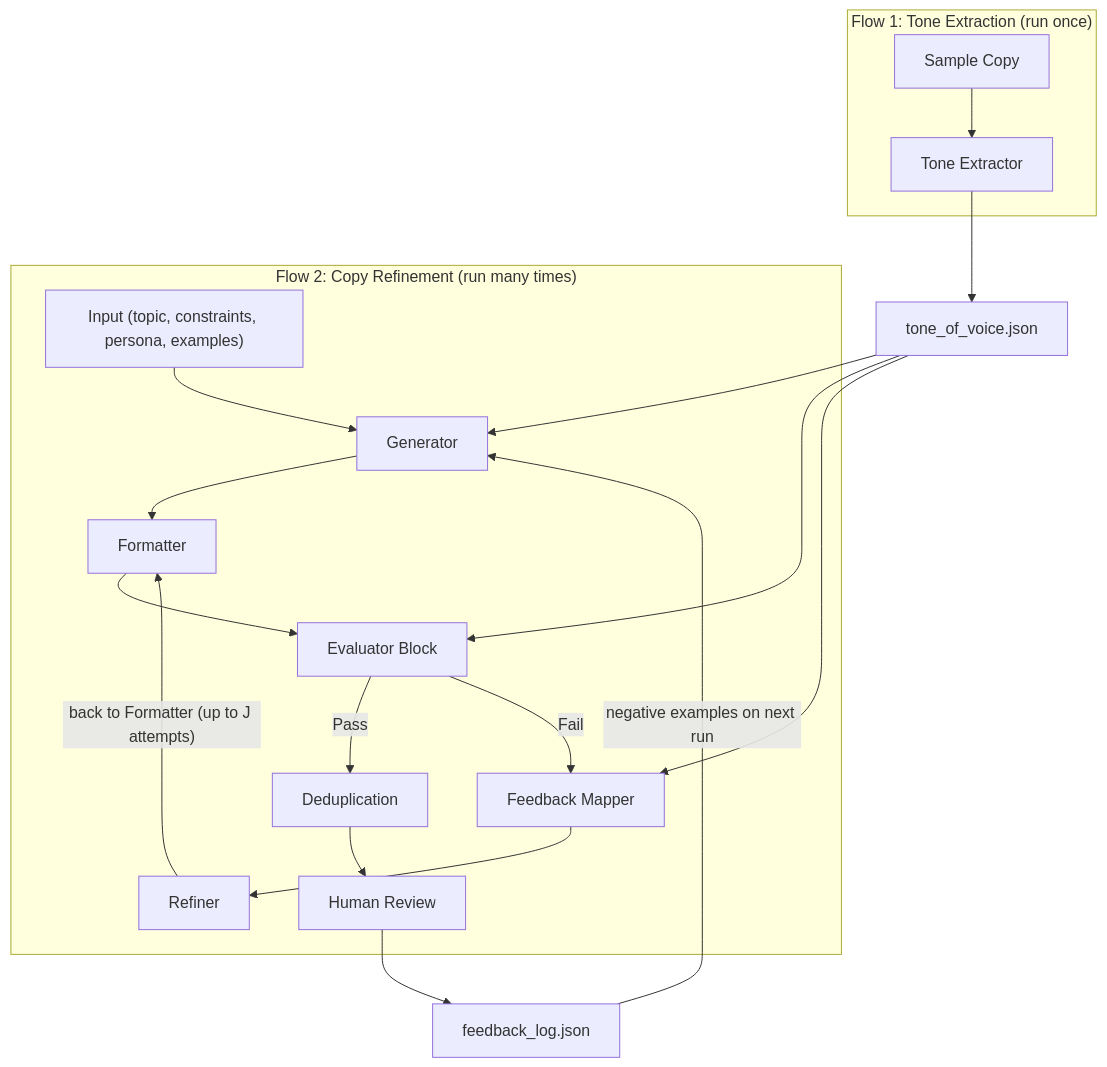
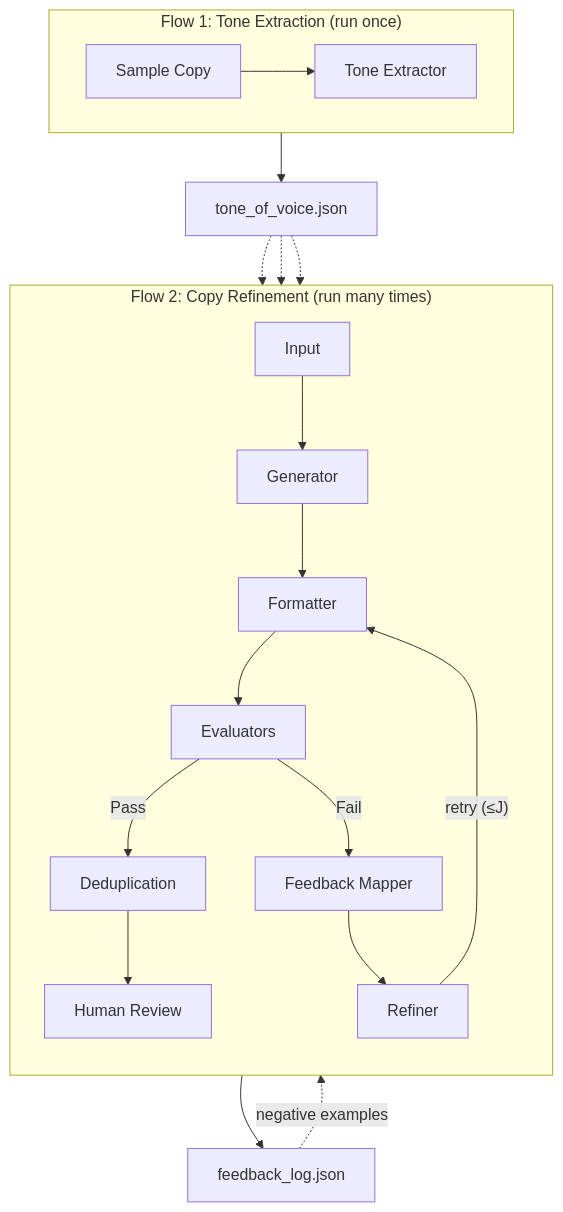
Before and after one commit to rooZzz/iterative-copywriter: the diagram in README.md, drawn with Mermaid.

Commit message:
Refactor README.md for improved clarity and diagram structure
- Adjusted flowchart direction for better readability.
- Updated node labels in the tone extraction and copy refinement flows for consistency.
- Enhanced connections between components to clarify relationships and feedback loops.

````diff
--- a/README.md
+++ b/README.md
@@ -11,35 +11,28 @@
 ```mermaid
 flowchart TB
     subgraph extraction ["Flow 1: Tone Extraction (run once)"]
-        SampleCopy["Sample Copy"] --> ToneExtractor["Tone Extractor"]
+        direction LR
+        SampleCopy[Sample Copy] --> ToneExtractor[Tone Extractor]
     end
 
-    ToneExtractor --> GuidelinesFile["tone_of_voice.json"]
+    ToneExtractor --> Guidelines[tone_of_voice.json]
 
     subgraph refinement ["Flow 2: Copy Refinement (run many times)"]
-        Input["Input (topic, constraints, persona, examples)"]
-        Generator["Generator"]
-        Formatter["Formatter"]
-        Evaluators["Evaluator Block"]
-        FeedbackMapper["Feedback Mapper"]
-        Refiner["Refiner"]
-        Dedup["Deduplication"]
-        HumanReview["Human Review"]
-
-        Input --> Generator
-        Generator --> Formatter
-        Formatter --> Evaluators
-        Evaluators -->|Pass| Dedup
-        Evaluators -->|Fail| FeedbackMapper
-        FeedbackMapper --> Refiner
-        Refiner -->|"back to Formatter (up to J attempts)"| Formatter
-        Dedup --> HumanReview
+        direction TB
+        Input[Input] --> Generator[Generator]
+        Generator --> Formatter[Formatter]
+        Formatter --> Evaluators[Evaluators]
+        Evaluators -->|Pass| Dedup[Deduplication]
+        Evaluators -->|Fail| FeedbackMapper[Feedback Mapper]
+        FeedbackMapper --> Refiner[Refiner]
+        Refiner -->|"retry (≤J)"| Formatter
+        Dedup --> HumanReview[Human Review]
     end
 
-    HumanReview --> FeedbackLog["feedback_log.json"]
-    FeedbackLog -->|"negative examples on next run"| Generator
+    HumanReview --> FeedbackLog[feedback_log.json]
 
-    GuidelinesFile --> Generator
-    GuidelinesFile --> Evaluators
-    GuidelinesFile --> FeedbackMapper
+    Guidelines -.-> Generator
+    Guidelines -.-> Evaluators
+    Guidelines -.-> FeedbackMapper
+    FeedbackLog -.->|negative examples| Generator
 ```
````
